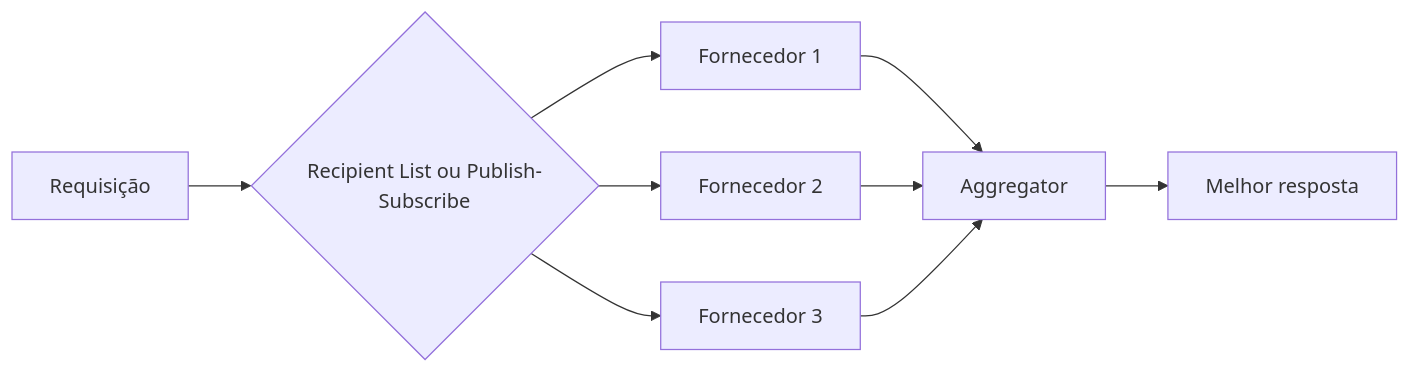
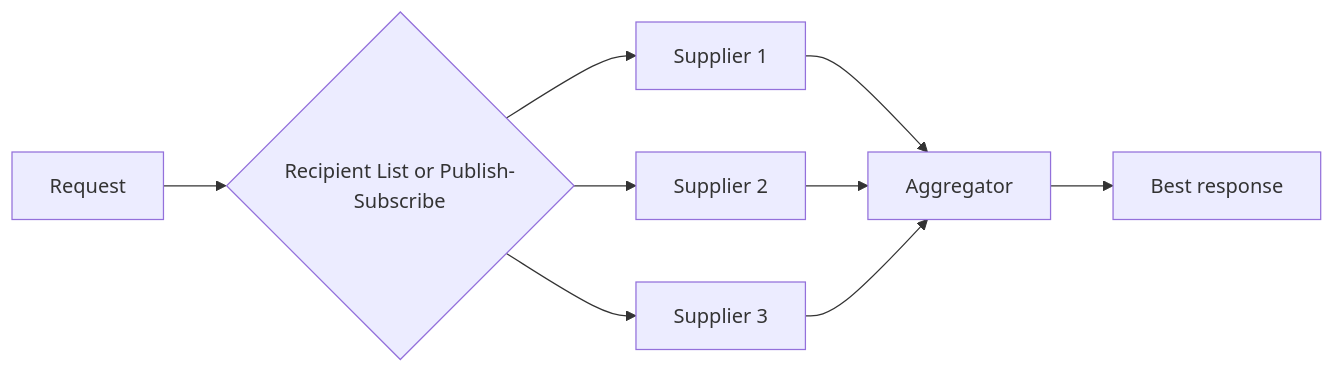
One commit to alancesar/design-patterns changed the diagram in docs/architecture/eip/message-routing/scatter-gather.md. Above: the diagram before and after it, drawn with Mermaid. The commit also changed 258 other files, not shown here.

First line of the commit message:
Translate Mermaid diagrams to English

````diff
--- a/docs/architecture/eip/message-routing/scatter-gather.md
+++ b/docs/architecture/eip/message-routing/scatter-gather.md
@@ -51,11 +51,11 @@
 ```mermaid
 flowchart LR
-    Q["Requisição"] --> RL{"Recipient List ou Publish-Subscribe"}
-    RL --> F1["Fornecedor 1"]
-    RL --> F2["Fornecedor 2"]
-    RL --> F3["Fornecedor 3"]
+    Q["Request"] --> RL{"Recipient List or Publish-Subscribe"}
+    RL --> F1["Supplier 1"]
+    RL --> F2["Supplier 2"]
+    RL --> F3["Supplier 3"]
     F1 --> AG["Aggregator"]
     F2 --> AG
     F3 --> AG
-    AG --> R["Melhor resposta"]
+    AG --> R["Best response"]
 ```
````
